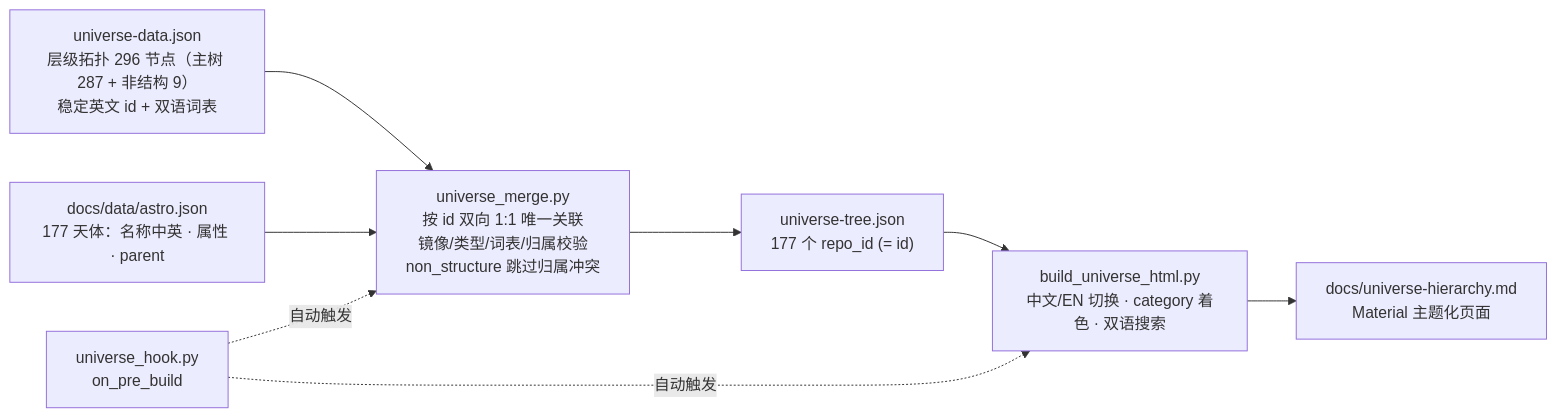
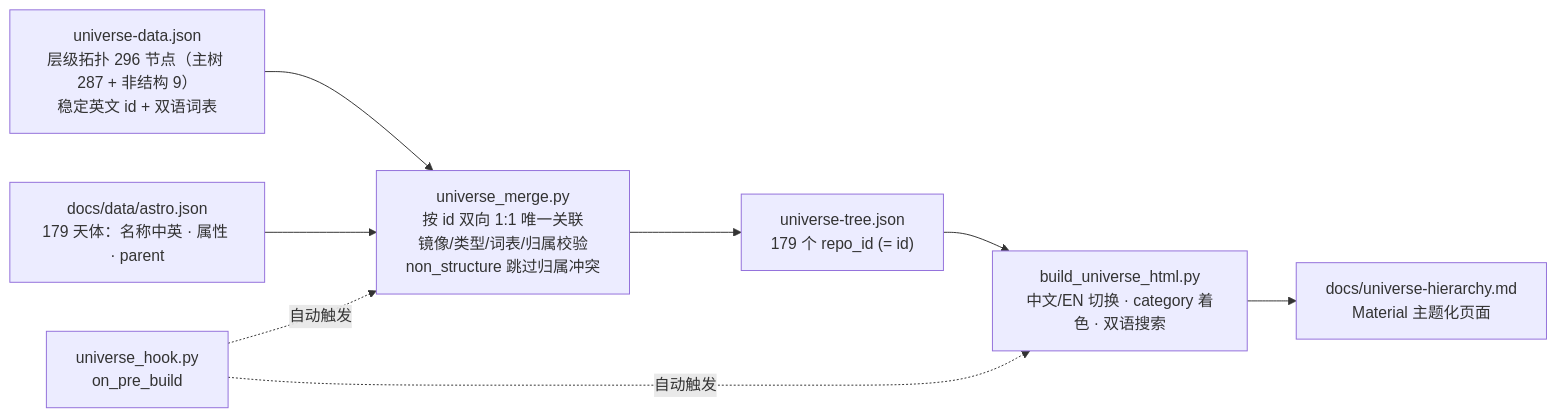
The second of 3 diagrams in README.md (yufengwolf/astro-blog), drawn with Mermaid before and after one commit. The commit also changed other lines of this file and 196 other files, not shown here.

````diff
--- a/README.md
+++ b/README.md
@@ -235,10 +236,10 @@
 ```mermaid
 flowchart LR
     UD["universe-data.json<br/>层级拓扑 296 节点（主树 287 + 非结构 9）<br/>稳定英文 id + 双语词表"] --> M["universe_merge.py<br/>按 id 双向 1:1 唯一关联<br/>镜像/类型/词表/归属校验<br/>non_structure 跳过归属冲突"]
-    AS["docs/data/astro.json<br/>177 天体：名称中英 · 属性 · parent"] --> M
-    M --> UT["universe-tree.json<br/>177 个 repo_id (= id)"]
+    AS["docs/data/astro.json<br/>179 天体：名称中英 · 属性 · parent"] --> M
+    M --> UT["universe-tree.json<br/>179 个 repo_id (= id)"]
     UT --> B["build_universe_html.py<br/>中文/EN 切换 · category 着色 · 双语搜索"]
     B --> PG["docs/universe-hierarchy.md<br/>Material 主题化页面"]
     H["universe_hook.py<br/>on_pre_build"] -. 自动触发 .-> M
     H -. 自动触发 .-> B
 ```
````
